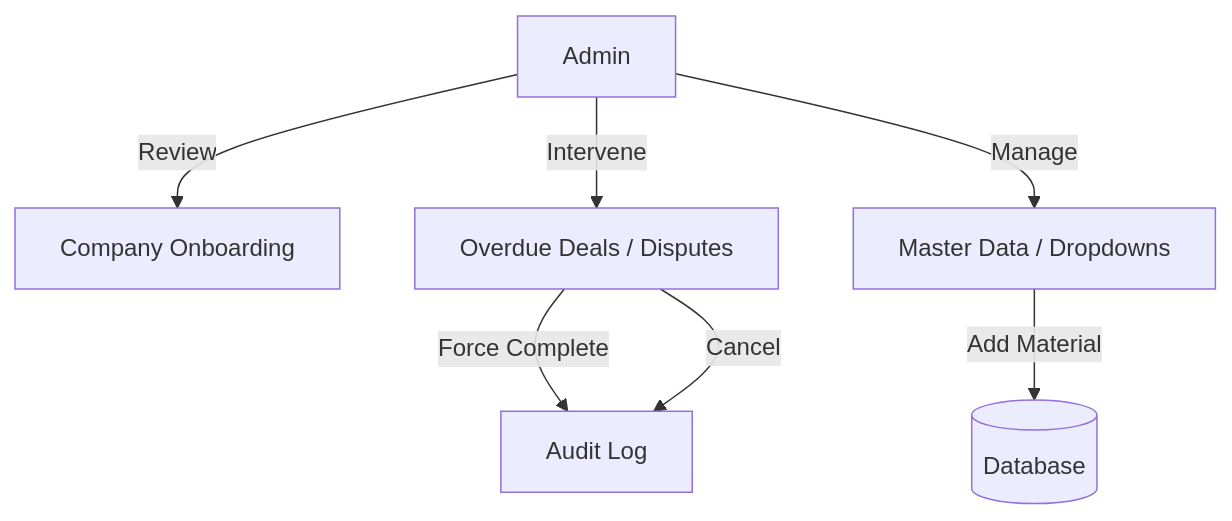
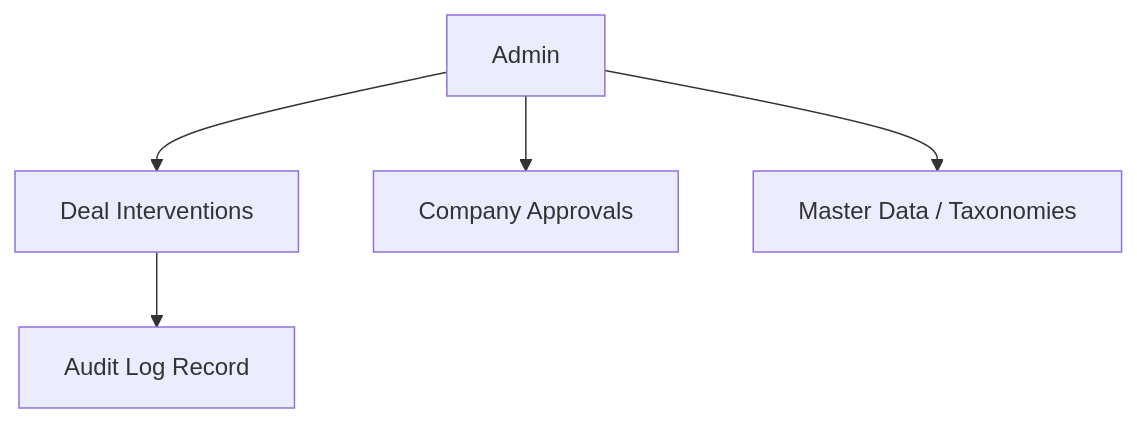
One commit to mmuaibed/Tadweerah-Hub changed the ninth of 12 diagrams in docs/WORKFLOW_ARCHITECTURE.md. Above: the diagram before and after it, drawn with Mermaid. The commit also changed other lines of this file, not shown here.

Commit message:
docs: restructure workflow architecture to separate current vs future scope and add licensed transporter and recycled materials markets

````diff
--- a/docs/WORKFLOW_ARCHITECTURE.md
+++ b/docs/WORKFLOW_ARCHITECTURE.md
@@ -273,10 +309,7 @@
 ```mermaid
 flowchart TD
-    Admin[Admin] -->|Review| Co[Company Onboarding]
-    Admin -->|Intervene| Deals[Overdue Deals / Disputes]
-    Admin -->|Manage| Master[Master Data / Dropdowns]
-    
-    Deals -->|Force Complete| Audit[Audit Log]
-    Deals -->|Cancel| Audit
-    Master -->|Add Material| DB[(Database)]
+    Admin[Admin] --> Intervene[Deal Interventions]
+    Admin --> Co[Company Approvals]
+    Admin --> Master[Master Data / Taxonomies]
+    Intervene --> Audit[Audit Log Record]
 ```
````
